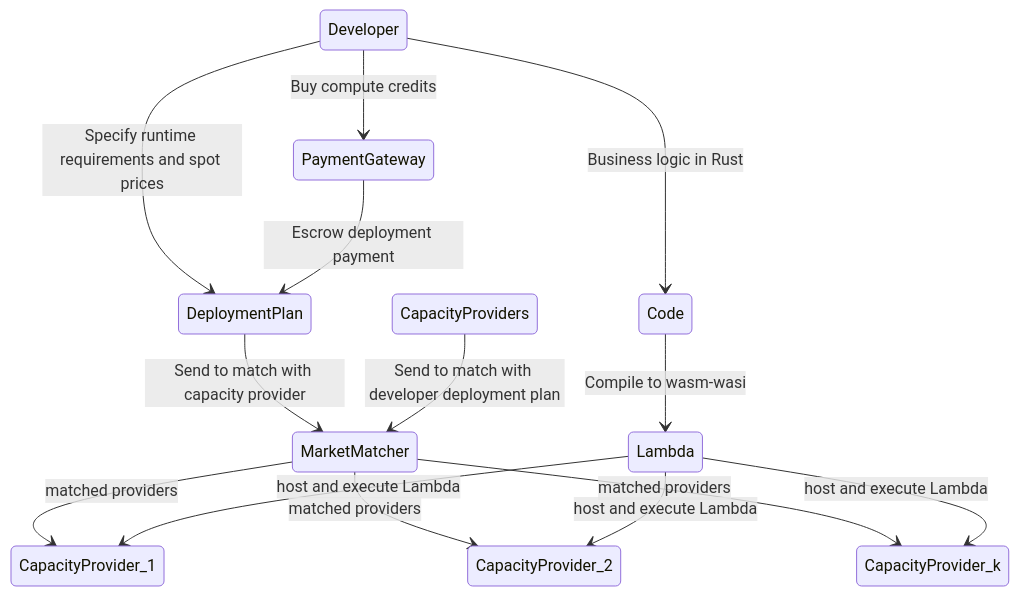
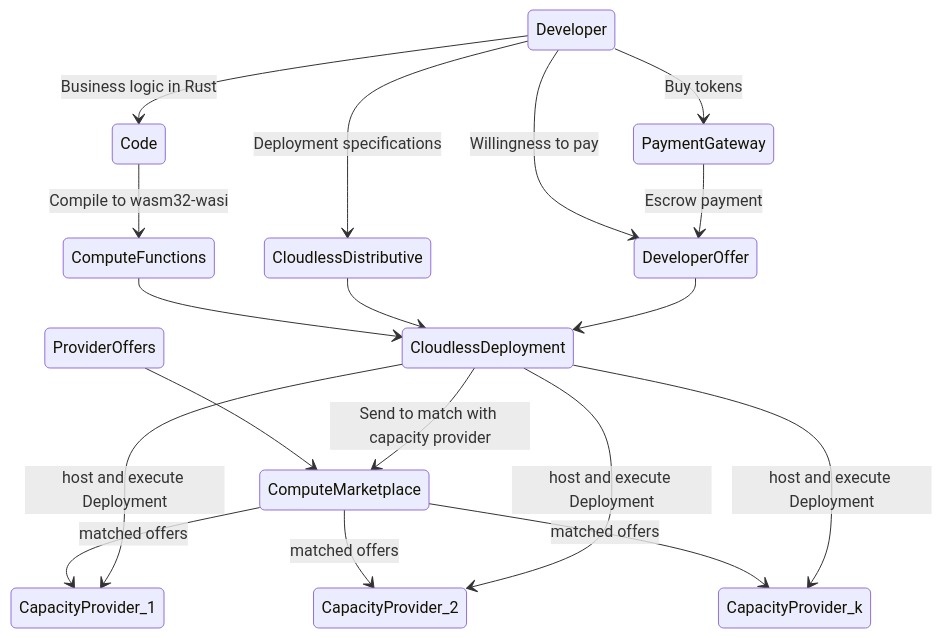
Before and after one commit to fluencelabs/docs: the diagram in docs/build-mvm/overview/fluence_functions.md, drawn with Mermaid. The commit also changed other lines of this file and 1 other file, not shown here.

````diff
--- a/docs/build-mvm/overview/fluence_functions.md
+++ b/docs/build-mvm/overview/fluence_functions.md
@@ -22,17 +21,21 @@
 ```mermaid
     stateDiagram
 
+    ProviderOffers --> ComputeMarketplace
     Developer --> Code: Business logic in Rust
-    Code --> Lambda: Compile to wasm-wasi
-    Developer --> PaymentGateway: Buy compute credits
-    Developer --> DeploymentPlan: Specify runtime requirements and spot prices
-    PaymentGateway --> DeploymentPlan: Escrow deployment payment 
-    DeploymentPlan --> MarketMatcher: Send to match with capacity provider
-    CapacityProviders --> MarketMatcher: Send to match with developer deployment plan
-    MarketMatcher --> CapacityProvider_1: matched providers
-    MarketMatcher --> CapacityProvider_2: matched providers
-    MarketMatcher --> CapacityProvider_k: matched providers
-    Lambda --> CapacityProvider_1: host and execute Lambda
-    Lambda --> CapacityProvider_2: host and execute Lambda
-    Lambda --> CapacityProvider_k: host and execute Lambda
+    Code --> ComputeFunctions: Compile to wasm32-wasi
+		ComputeFunctions --> CloudlessDeployment
+    Developer --> PaymentGateway: Buy tokens
+		Developer --> CloudlessDistributive: Deployment specifications
+		Developer --> DeveloperOffer: Willingness to pay
+		CloudlessDistributive --> CloudlessDeployment
+		DeveloperOffer --> CloudlessDeployment
+    PaymentGateway --> DeveloperOffer: Escrow payment 
+    CloudlessDeployment --> ComputeMarketplace: Send to match with capacity provider
+    ComputeMarketplace --> CapacityProvider_1: matched offers
+    ComputeMarketplace --> CapacityProvider_2: matched offers
+    ComputeMarketplace --> CapacityProvider_k: matched offers
+    CloudlessDeployment --> CapacityProvider_1: host and execute Deployment
+    CloudlessDeployment --> CapacityProvider_2: host and execute Deployment
+    CloudlessDeployment --> CapacityProvider_k: host and execute Deployment
 ```
````
